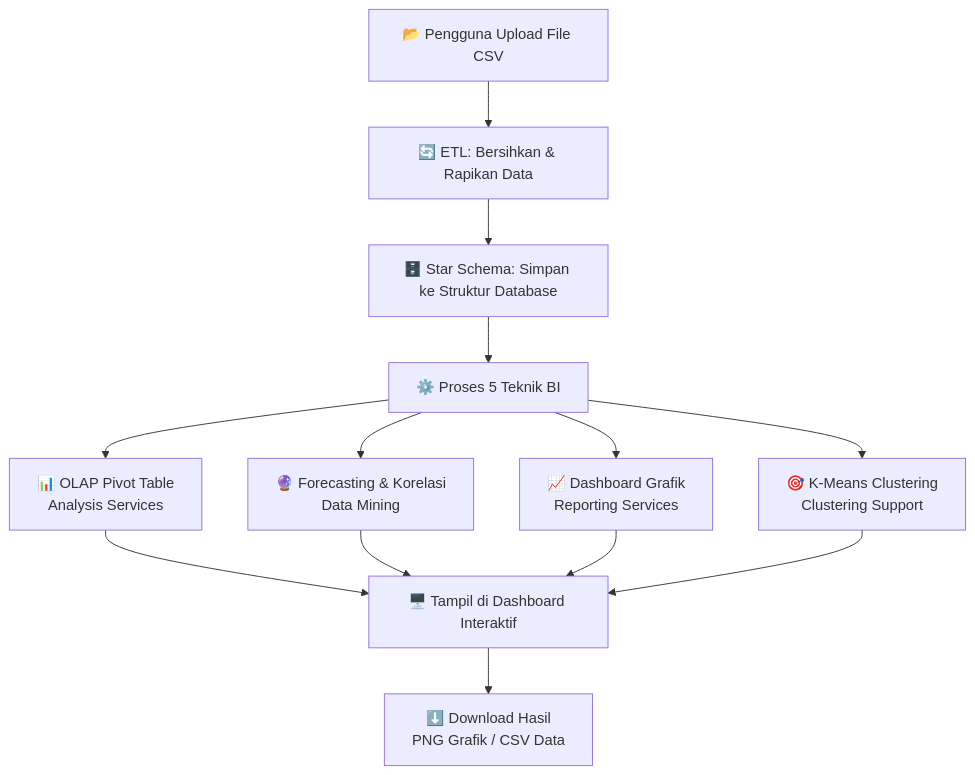
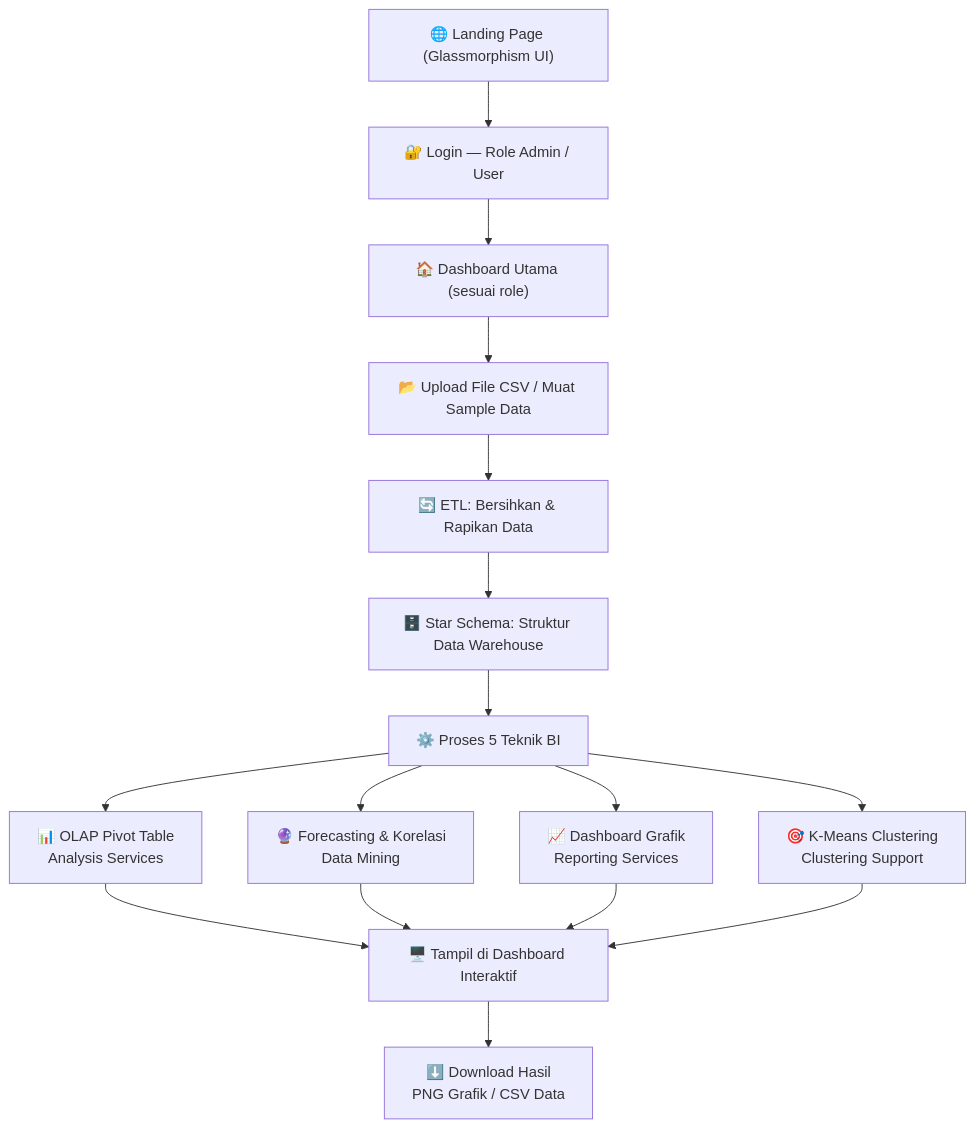
Before and after one commit to Yoohash-noob/bi-dashboard-analytics: the first of 3 diagrams in PLANNING.md, drawn with Mermaid. The commit also changed other lines of this file and 10 other files, not shown here.

Commit message:
feat: revisi besar - landing page, CRUD, executive dashboard, peningkatan 5 teknik BI, fix CSS AdminHomeTab, update PLANNING.md

````diff
--- a/PLANNING.md
+++ b/PLANNING.md
@@ -23,14 +28,17 @@
 ```mermaid
 flowchart TD
-    A["📂 Pengguna Upload File CSV"] --> B["🔄 ETL: Bersihkan & Rapikan Data"]
-    B --> C["🗄️ Star Schema: Simpan ke Struktur Database"]
-    C --> D["⚙️ Proses 5 Teknik BI"]
+    A["🌐 Landing Page (Glassmorphism UI)"] --> B["🔐 Login — Role Admin / User"]
+    B --> C["🏠 Dashboard Utama (sesuai role)"]
+    C --> D["📂 Upload File CSV / Muat Sample Data"]
+    D --> E["🔄 ETL: Bersihkan & Rapikan Data"]
+    E --> F["🗄️ Star Schema: Struktur Data Warehouse"]
+    F --> G["⚙️ Proses 5 Teknik BI"]
 
-    D --> E["📊 OLAP Pivot Table\nAnalysis Services"]
-    D --> F["🔮 Forecasting & Korelasi\nData Mining"]
-    D --> G["📈 Dashboard Grafik\nReporting Services"]
-    D --> H["🎯 K-Means Clustering\nClustering Support"]
+    G --> H["📊 OLAP Pivot Table\nAnalysis Services"]
+    G --> I["🔮 Forecasting & Korelasi\nData Mining"]
+    G --> J["📈 Dashboard Grafik\nReporting Services"]
+    G --> K["🎯 K-Means Clustering\nClustering Support"]
 
-    E & F & G & H --> I["🖥️ Tampil di Dashboard Interaktif"]
-    I --> J["⬇️ Download Hasil\nPNG Grafik / CSV Data"]
+    H & I & J & K --> L["🖥️ Tampil di Dashboard Interaktif"]
+    L --> M["⬇️ Download Hasil\nPNG Grafik / CSV Data"]
 ```
````
